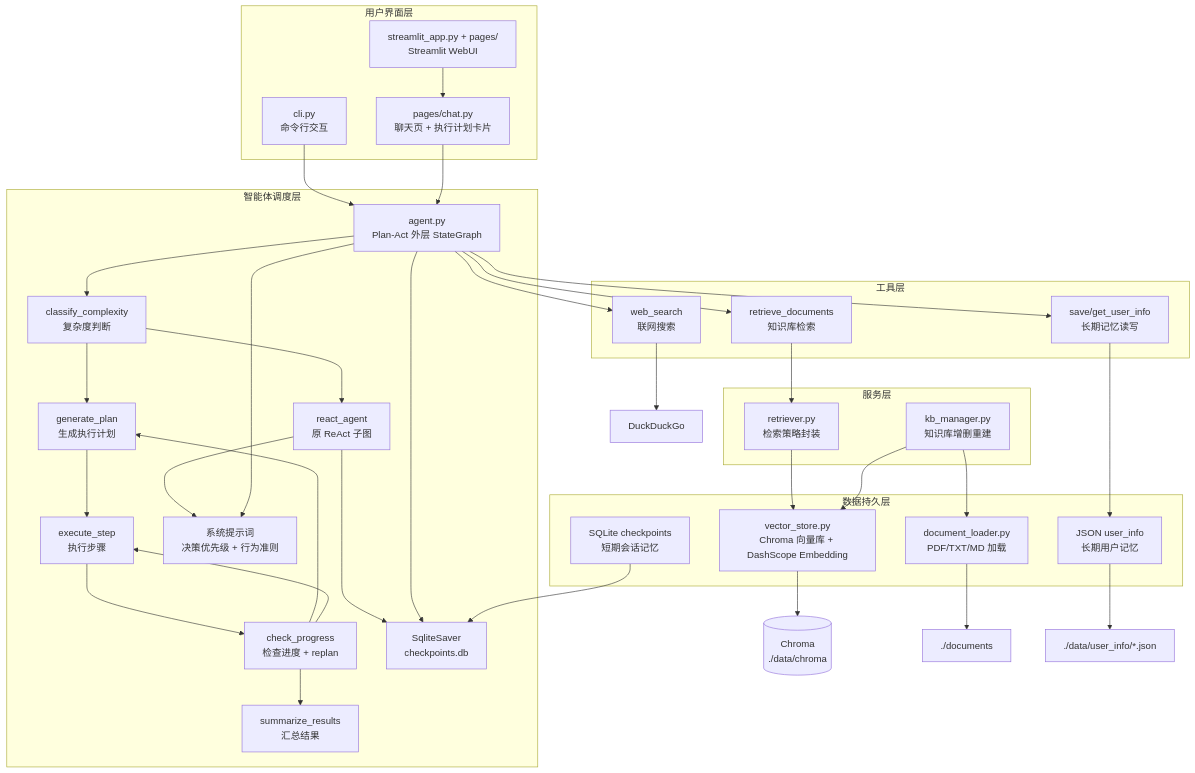
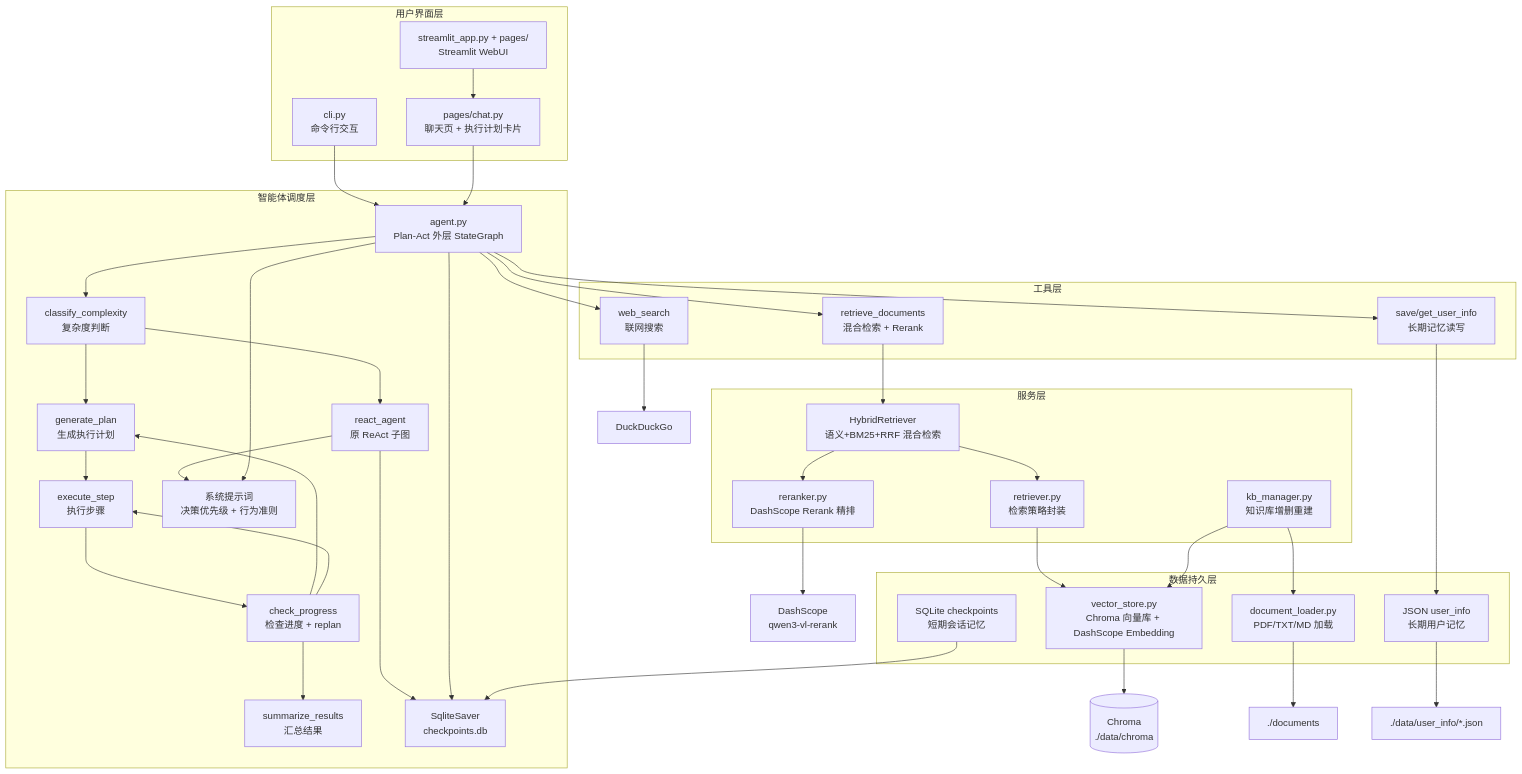
One commit to YZhiyou/3-Day-Agent changed the diagram in code-readme.md. Above: the diagram before and after it, drawn with Mermaid. The commit also changed other lines of this file, not shown here.

````diff
--- a/code-readme.md
+++ b/code-readme.md
@@ -535,70 +570,75 @@
 ```mermaid
 graph TB
     subgraph UI["用户界面层"]
         CLI["cli.py<br/>命令行交互"]
         WEB["streamlit_app.py + pages/<br/>Streamlit WebUI"]
         CHAT["pages/chat.py<br/>聊天页 + 执行计划卡片"]
     end
 
     subgraph AGENT["智能体调度层"]
         AGENT_CORE["agent.py<br/>Plan-Act 外层 StateGraph"]
         CLASSIFY["classify_complexity<br/>复杂度判断"]
         REACT["react_agent<br/>原 ReAct 子图"]
         GEN_PLAN["generate_plan<br/>生成执行计划"]
         EXEC_STEP["execute_step<br/>执行步骤"]
         CHECK_PROG["check_progress<br/>检查进度 + replan"]
         SUMMARIZE["summarize_results<br/>汇总结果"]
         SYS_PROMPT["系统提示词<br/>决策优先级 + 行为准则"]
         CHECKPOINTER["SqliteSaver<br/>checkpoints.db"]
     end
 
     subgraph TOOLS["工具层"]
-        RETRIEVE_DOC["retrieve_documents<br/>知识库检索"]
+        RETRIEVE_DOC["retrieve_documents<br/>混合检索 + Rerank"]
         USER_INFO["save/get_user_info<br/>长期记忆读写"]
         WEB_SEARCH["web_search<br/>联网搜索"]
     end
 
     subgraph SERVICE["服务层"]
         RETRIEVER["retriever.py<br/>检索策略封装"]
+        RERANKER["reranker.py<br/>DashScope Rerank 精排"]
+        HYBRID["HybridRetriever<br/>语义+BM25+RRF 混合检索"]
         KB_MGR["kb_manager.py<br/>知识库增删重建"]
     end
 
     subgraph DATA["数据持久层"]
         VECTOR["vector_store.py<br/>Chroma 向量库 + DashScope Embedding"]
         DOC_LOADER["document_loader.py<br/>PDF/TXT/MD 加载"]
         MEM_SHORT["SQLite checkpoints<br/>短期会话记忆"]
         MEM_LONG["JSON user_info<br/>长期用户记忆"]
     end
 
     CLI --> AGENT_CORE
     WEB --> CHAT
     CHAT --> AGENT_CORE
     AGENT_CORE --> CLASSIFY
     CLASSIFY --> REACT
     CLASSIFY --> GEN_PLAN
     GEN_PLAN --> EXEC_STEP
     EXEC_STEP --> CHECK_PROG
     CHECK_PROG --> GEN_PLAN
     CHECK_PROG --> EXEC_STEP
     CHECK_PROG --> SUMMARIZE
     REACT --> SYS_PROMPT
     REACT --> CHECKPOINTER
     AGENT_CORE --> SYS_PROMPT
     AGENT_CORE --> CHECKPOINTER
     AGENT_CORE --> RETRIEVE_DOC
     AGENT_CORE --> USER_INFO
     AGENT_CORE --> WEB_SEARCH
 
-    RETRIEVE_DOC --> RETRIEVER
+    RETRIEVE_DOC --> HYBRID
+    HYBRID --> RETRIEVER
+    HYBRID --> RERANKER
     USER_INFO --> MEM_LONG
     WEB_SEARCH --> DUCK["DuckDuckGo"]
 
     RETRIEVER --> VECTOR
+    RERANKER --> DASHSCOPE_RE["DashScope<br/>qwen3-vl-rerank"]
     KB_MGR --> VECTOR
     KB_MGR --> DOC_LOADER
 
     VECTOR --> CHROMA[("Chroma<br/>./data/chroma")]
     DOC_LOADER --> DOCS["./documents"]
     MEM_SHORT --> CHECKPOINTER
     MEM_LONG --> USER_FILES["./data/user_info/*.json"]
 ```
````
